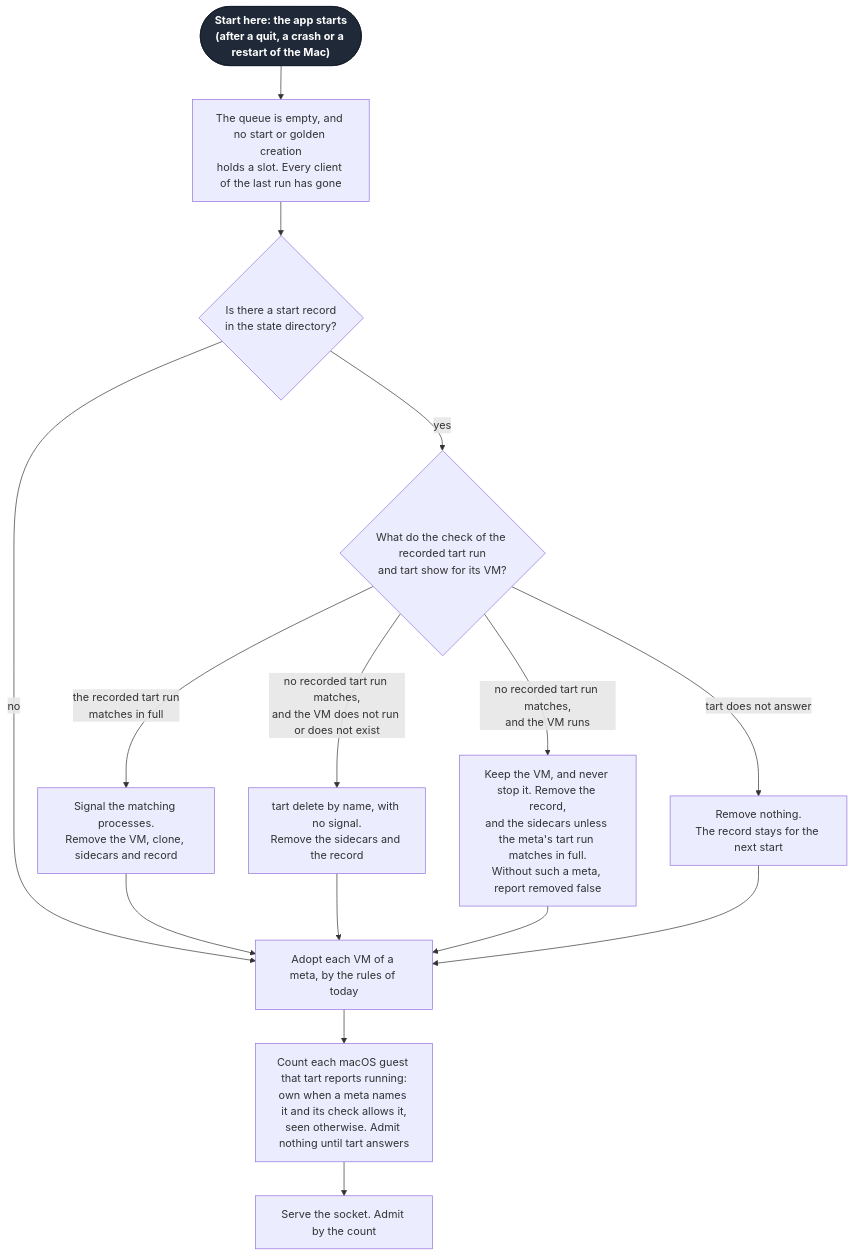
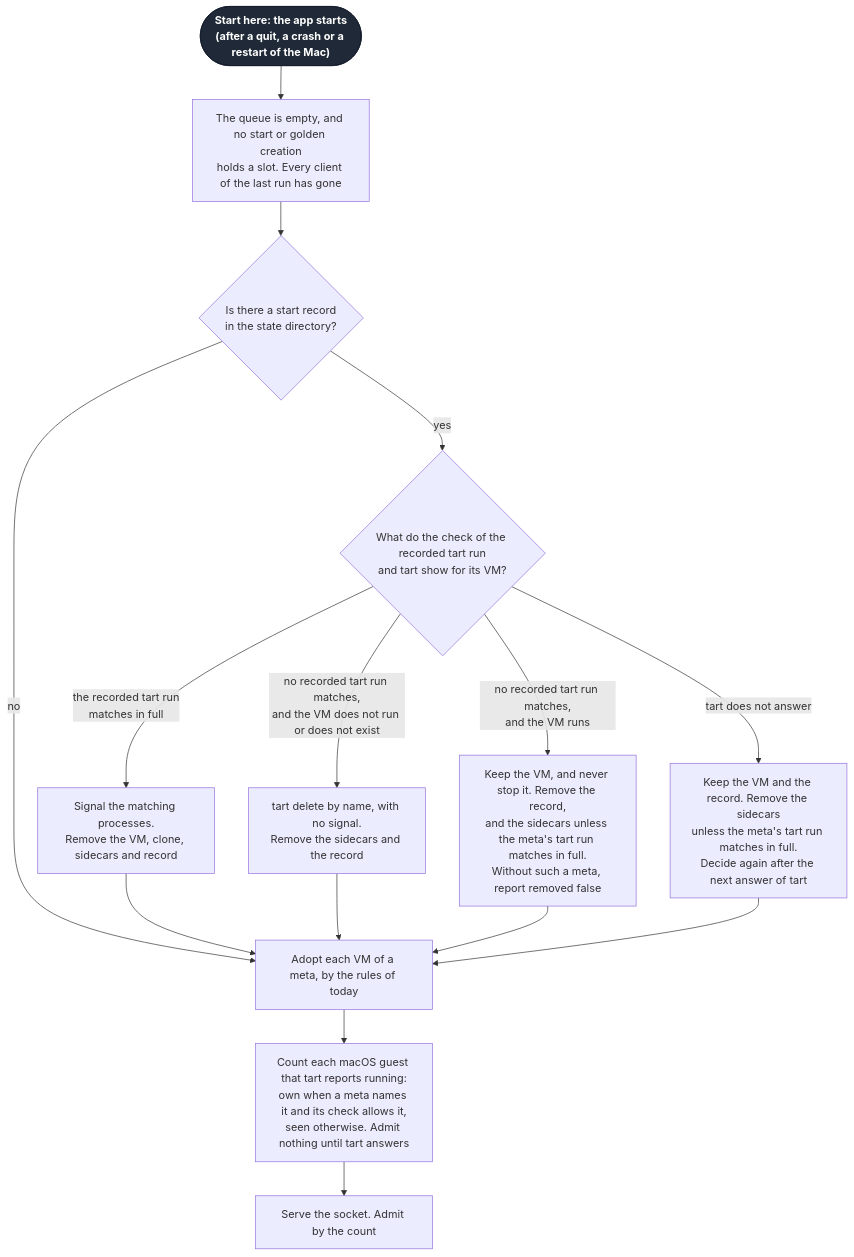
The seventh of 7 diagrams in docs/specs/admission-queue.md (Linkuistics/TestAnyware), drawn with Mermaid before and after one commit. The commit also changed other lines of this file and 6 other files, not shown here.

First line of the commit message:
grove(admission-queue-k11): triage the findings of admission-queue-k10, fix the start record and the kept answer, cut admission-queue-k12, and retire the leaf

````diff
--- a/docs/specs/admission-queue.md
+++ b/docs/specs/admission-queue.md
@@ -626,15 +664,15 @@
 ```mermaid
 flowchart TD
   s(["Start here: the app starts<br/>(after a quit, a crash or a restart of the Mac)"]):::start --> q["The queue is empty, and no start or golden creation<br/>holds a slot. Every client of the last run has gone"]
   q --> rec{"Is there a start record<br/>in the state directory?"}
   rec -- "yes" --> vm{"What do the check of the recorded tart run<br/>and tart show for its VM?"}
   rec -- "no" --> adopt
   vm -- "the recorded tart run<br/>matches in full" --> rm["Signal the matching processes.<br/>Remove the VM, clone, sidecars and record"]
   vm -- "no recorded tart run matches,<br/>and the VM does not run or does not exist" --> del["tart delete by name, with no signal.<br/>Remove the sidecars and the record"]
   vm -- "no recorded tart run matches,<br/>and the VM runs" --> keep["Keep the VM, and never stop it. Remove the record,<br/>and the sidecars unless the meta's tart run matches in full.<br/>Without such a meta, report removed false"]
-  vm -- "tart does not answer" --> stay["Remove nothing.<br/>The record stays for the next start"]
+  vm -- "tart does not answer" --> stay["Keep the VM and the record. Remove the sidecars<br/>unless the meta's tart run matches in full.<br/>Decide again after the next answer of tart"]
   rm & del & keep & stay --> adopt["Adopt each VM of a meta, by the rules of today"]
   adopt --> count["Count each macOS guest that tart reports running:<br/>own when a meta names it and its check allows it,<br/>seen otherwise. Admit nothing until tart answers"]
   count --> serve["Serve the socket. Admit by the count"]
   classDef start fill:#1f2937,stroke:#111827,color:#ffffff,font-weight:bold
 ```
````
